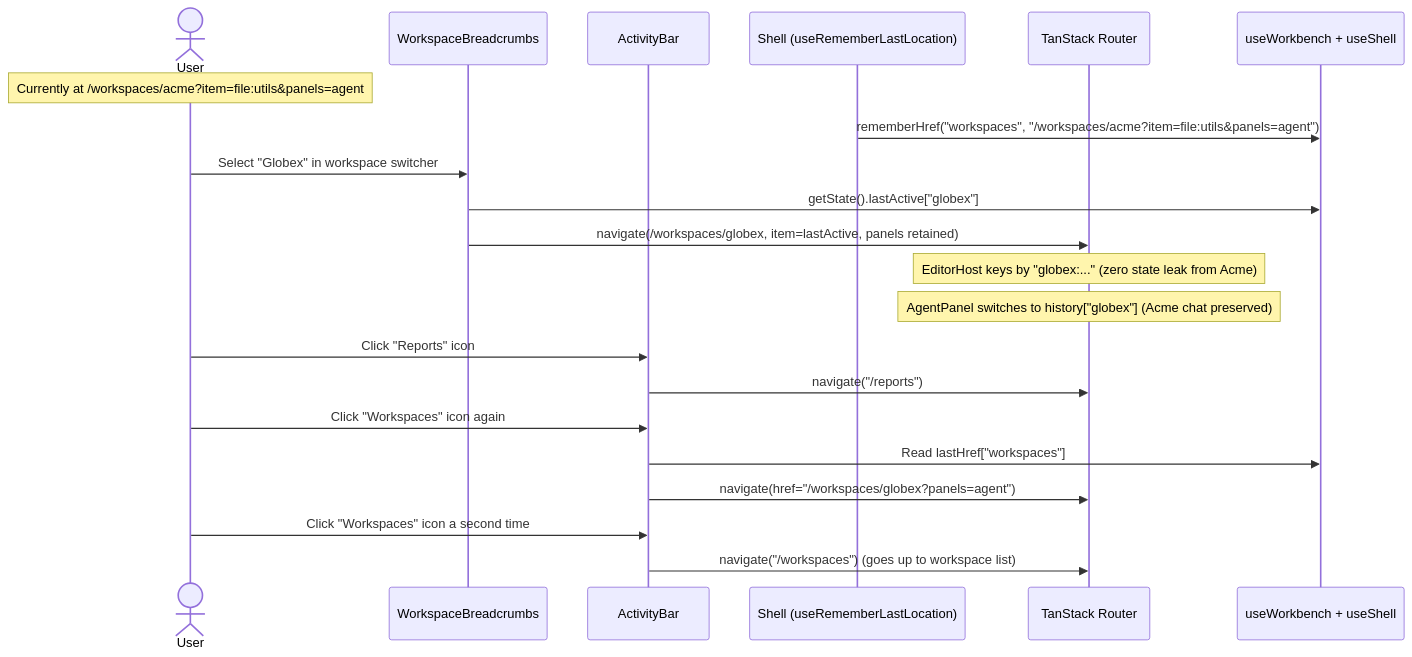
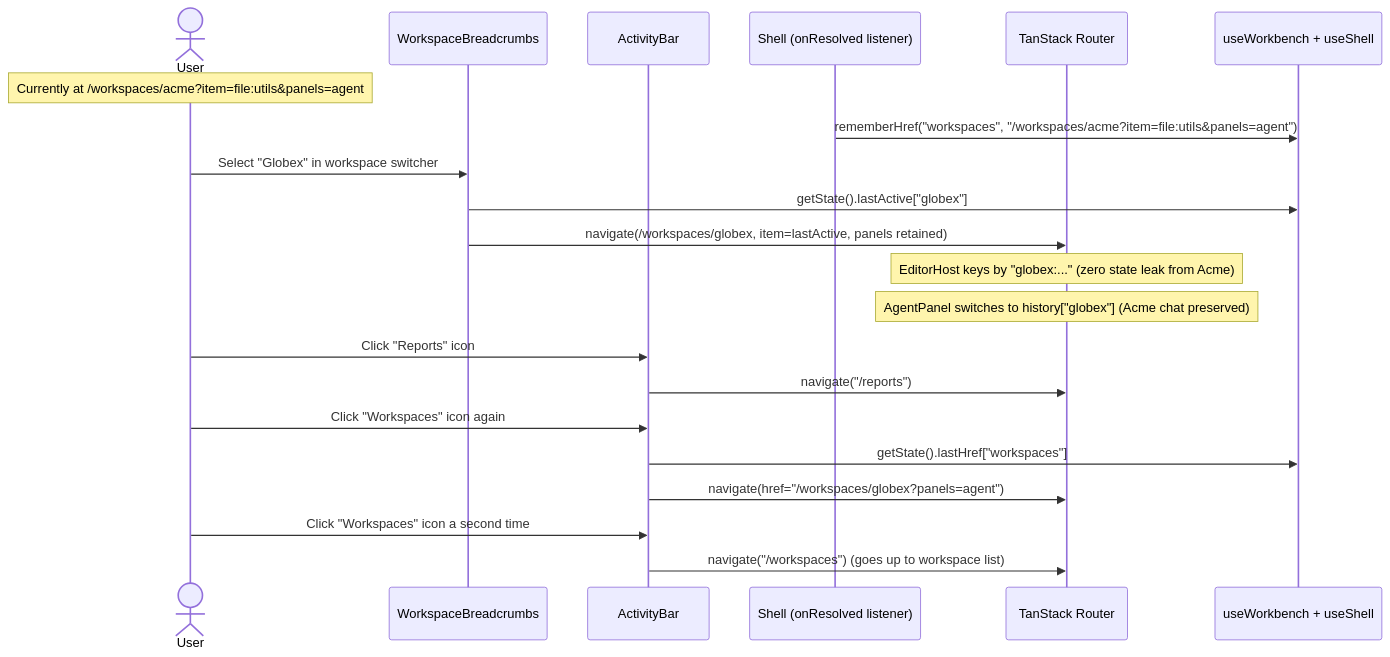
Diagram 11 of 12 in docs/DESIGN.md (ppongtong/ide-shell), drawn with Mermaid before and after one commit. The commit also changed other lines of this file, not shown here.

Commit message:
Fix Mermaid sequenceDiagram syntax and sync DESIGN.md with plugin contracts

````diff
--- a/docs/DESIGN.md
+++ b/docs/DESIGN.md
@@ -442,26 +438,26 @@
 ```mermaid
 sequenceDiagram
     actor User
     participant Crumbs as WorkspaceBreadcrumbs
     participant Bar as ActivityBar
-    participant Shell as Shell (useRememberLastLocation)
+    participant Shell as Shell (onResolved listener)
     participant Router as TanStack Router
     participant Store as useWorkbench + useShell
 
     Note over User: Currently at /workspaces/acme?item=file:utils&panels=agent
     Shell->>Store: rememberHref("workspaces", "/workspaces/acme?item=file:utils&panels=agent")
 
     User->>Crumbs: Select "Globex" in workspace switcher
     Crumbs->>Store: getState().lastActive["globex"]
     Crumbs->>Router: navigate(/workspaces/globex, item=lastActive, panels retained)
     Note over Router: EditorHost keys by "globex:..." (zero state leak from Acme)
     Note over Router: AgentPanel switches to history["globex"] (Acme chat preserved)
 
     User->>Bar: Click "Reports" icon
     Bar->>Router: navigate("/reports")
     User->>Bar: Click "Workspaces" icon again
-    Bar->>Store: Read lastHref["workspaces"]
+    Bar->>Store: getState().lastHref["workspaces"]
     Bar->>Router: navigate(href="/workspaces/globex?panels=agent")
     User->>Bar: Click "Workspaces" icon a second time
     Bar->>Router: navigate("/workspaces") (goes up to workspace list)
 ```
````
